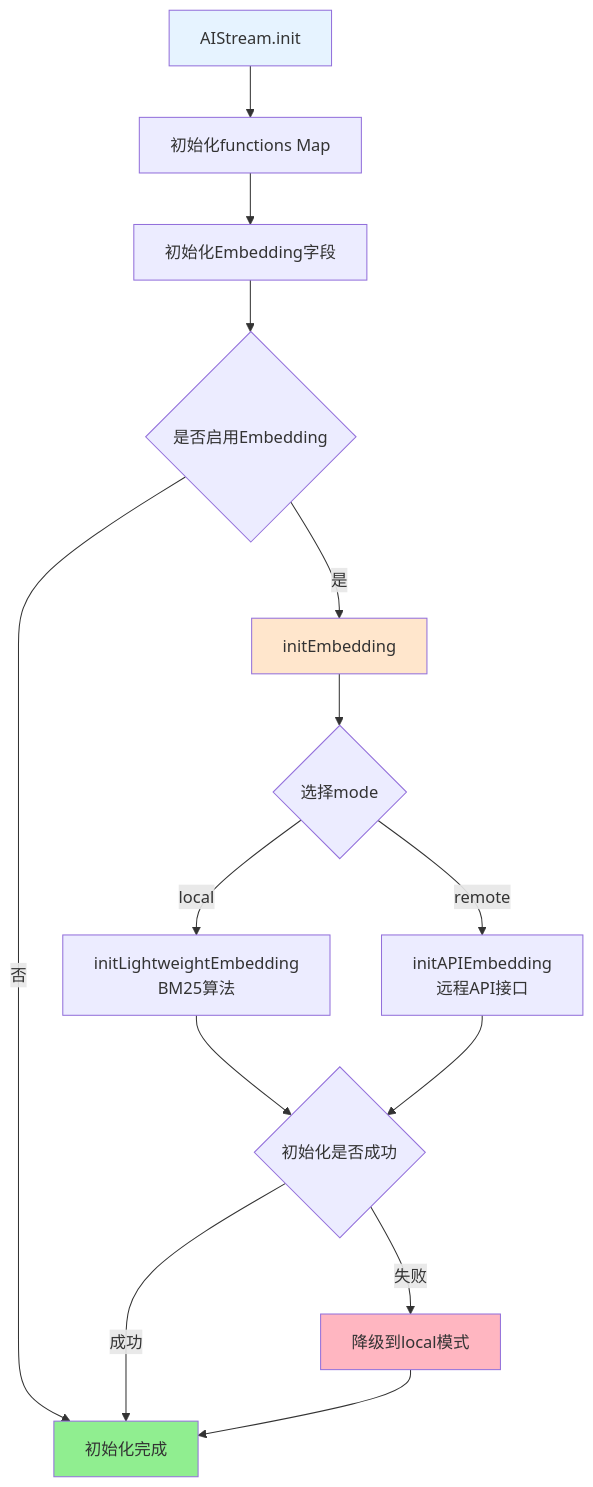
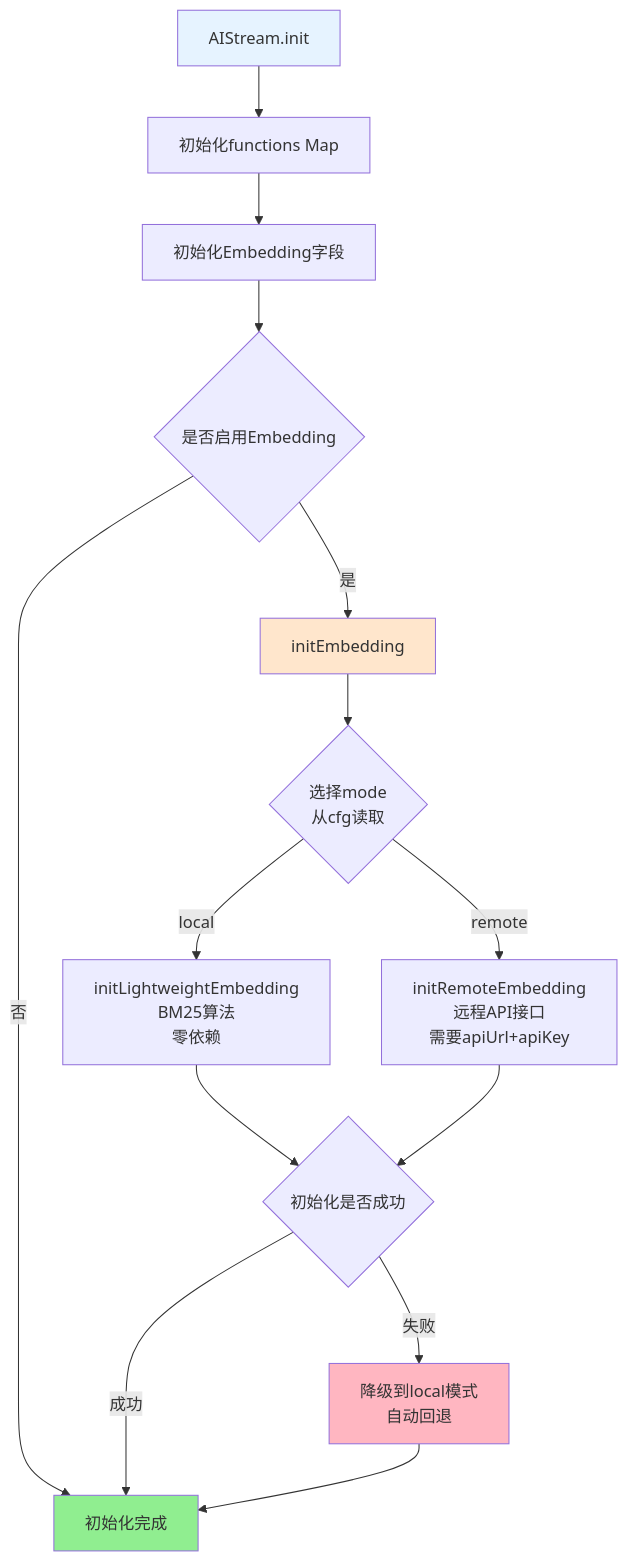
The second of 4 diagrams in docs/aistream.md (sunflowermm/XRK-AGT), drawn with Mermaid before and after one commit. The commit also changed other lines of this file and 5 other files, not shown here.

````diff
--- a/docs/aistream.md
+++ b/docs/aistream.md
@@ -222,21 +222,21 @@
 ```mermaid
 flowchart TB
     A["AIStream.init"] --> B["初始化functions Map"]
     B --> C["初始化Embedding字段"]
     C --> D{"是否启用Embedding"}
     D -->|是| E["initEmbedding"]
     D -->|否| F["初始化完成"]
-    E --> G{"选择mode"}
-    G -->|local| H["initLightweightEmbedding<br/>BM25算法"]
-    G -->|remote| I["initAPIEmbedding<br/>远程API接口"]
+    E --> G{"选择mode<br/>从cfg读取"}
+    G -->|local| H["initLightweightEmbedding<br/>BM25算法<br/>零依赖"]
+    G -->|remote| I["initRemoteEmbedding<br/>远程API接口<br/>需要apiUrl+apiKey"]
     H --> J{"初始化是否成功"}
     I --> J
-    J -->|失败| K["降级到local模式"]
+    J -->|失败| K["降级到local模式<br/>自动回退"]
     J -->|成功| F
     K --> F
     
     style A fill:#E6F3FF
     style E fill:#FFE6CC
     style F fill:#90EE90
     style K fill:#FFB6C1
 ```
````
